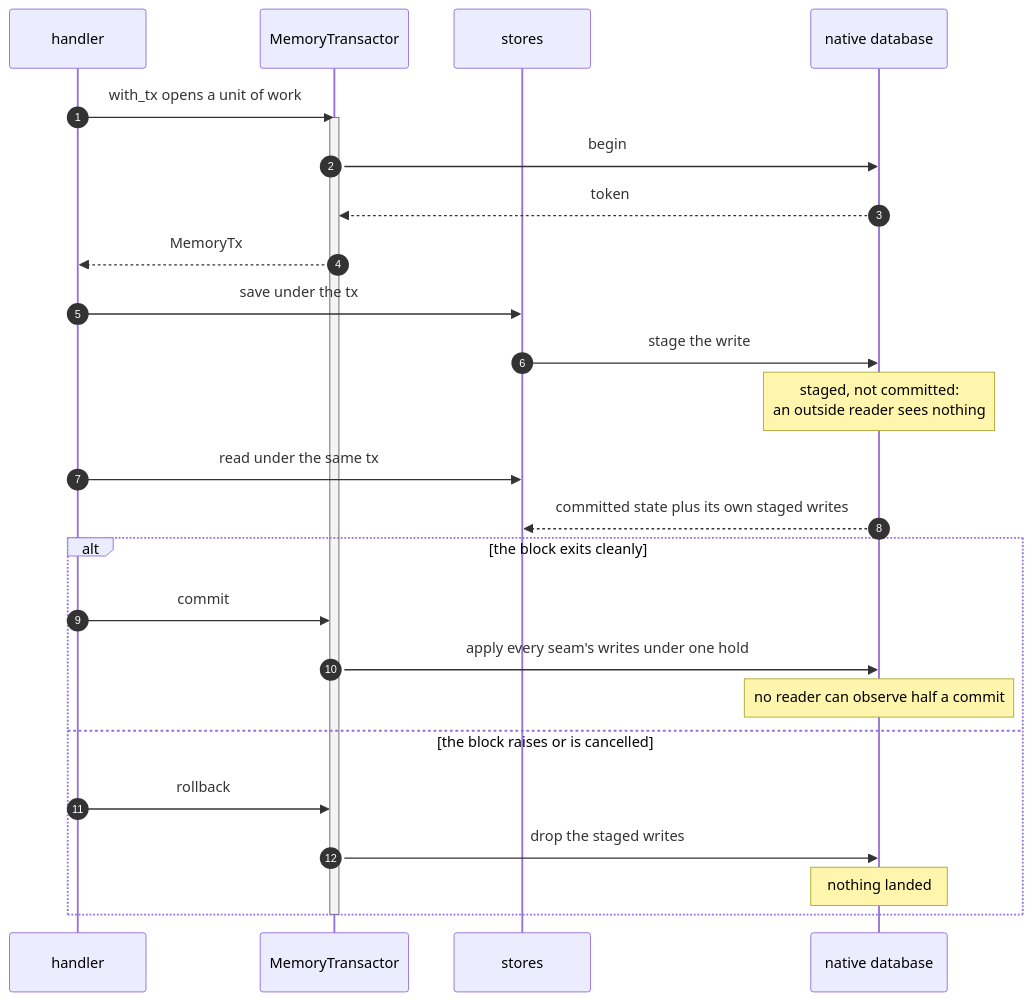
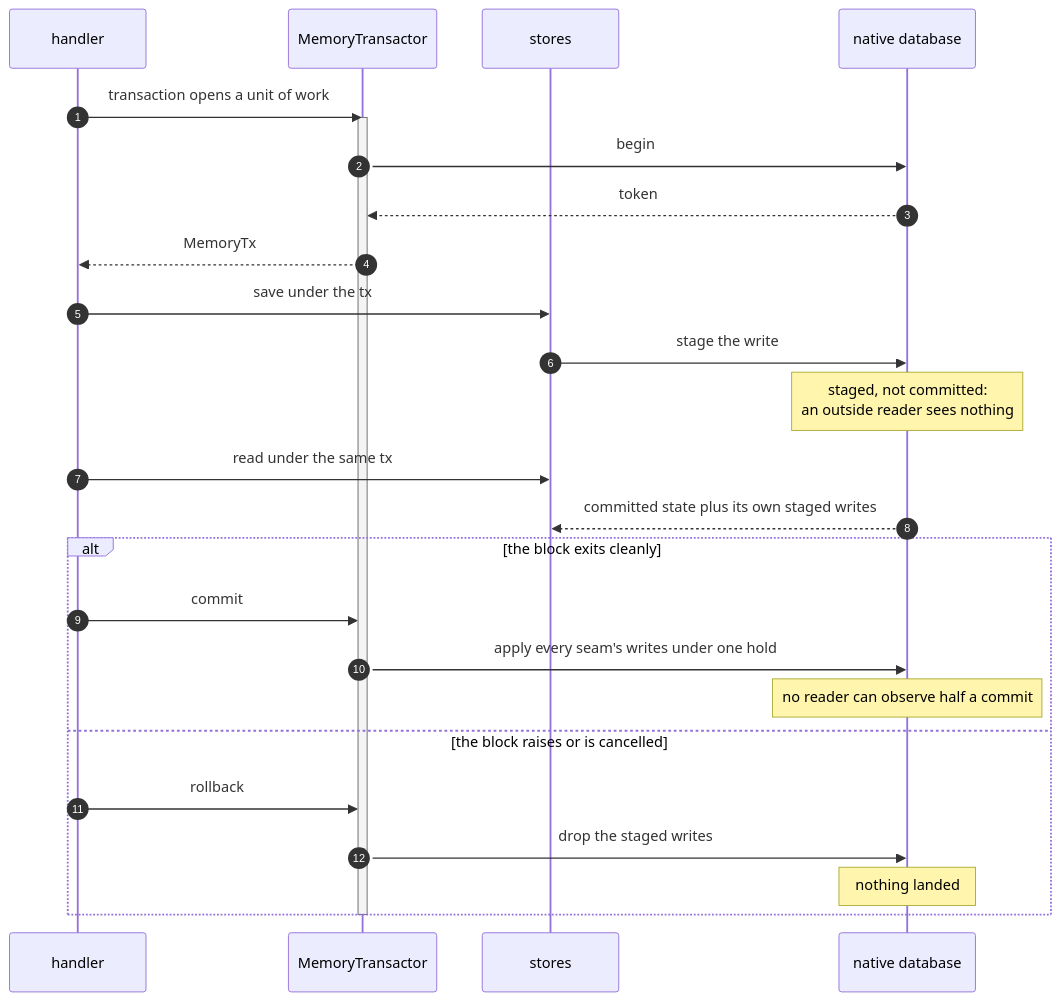
One commit to haskian/edax changed the second of 3 diagrams in docs/backends/memory.md. Above: the diagram before and after it, drawn with Mermaid. The commit also changed other lines of this file and 43 other files, not shown here.

````diff
--- a/docs/backends/memory.md
+++ b/docs/backends/memory.md
@@ -62,29 +62,29 @@
 ```mermaid
 sequenceDiagram
     autonumber
     participant H as handler
     participant T as MemoryTransactor
     participant S as stores
     participant D as native database
 
-    H->>T: with_tx opens a unit of work
+    H->>T: transaction opens a unit of work
     activate T
     T->>D: begin
     D-->>T: token
     T-->>H: MemoryTx
     H->>S: save under the tx
     S->>D: stage the write
     Note over D: staged, not committed:<br/>an outside reader sees nothing
     H->>S: read under the same tx
     D-->>S: committed state plus its own staged writes
     alt the block exits cleanly
         H->>T: commit
         T->>D: apply every seam's writes under one hold
         Note over D: no reader can observe half a commit
     else the block raises or is cancelled
         H->>T: rollback
         T->>D: drop the staged writes
         Note over D: nothing landed
     end
     deactivate T
 ```
````
